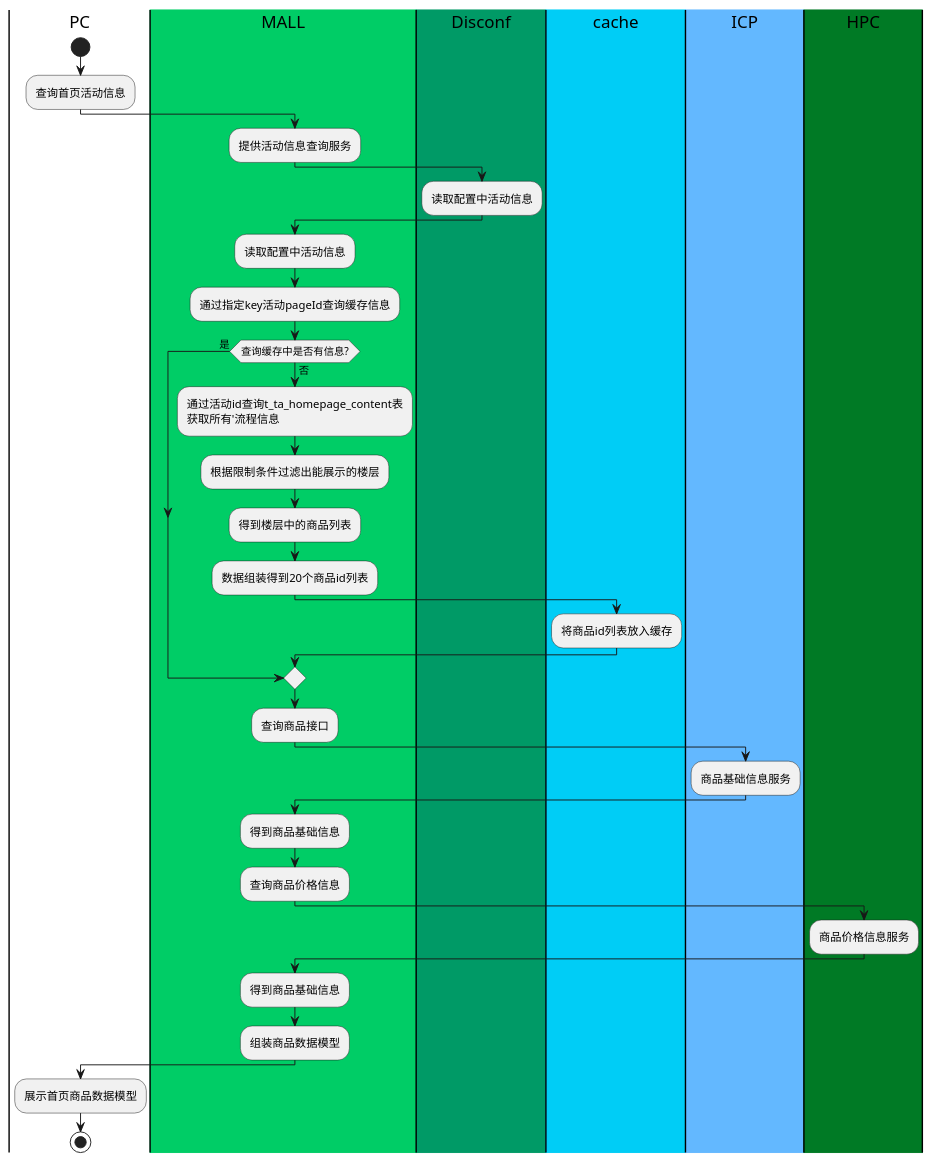
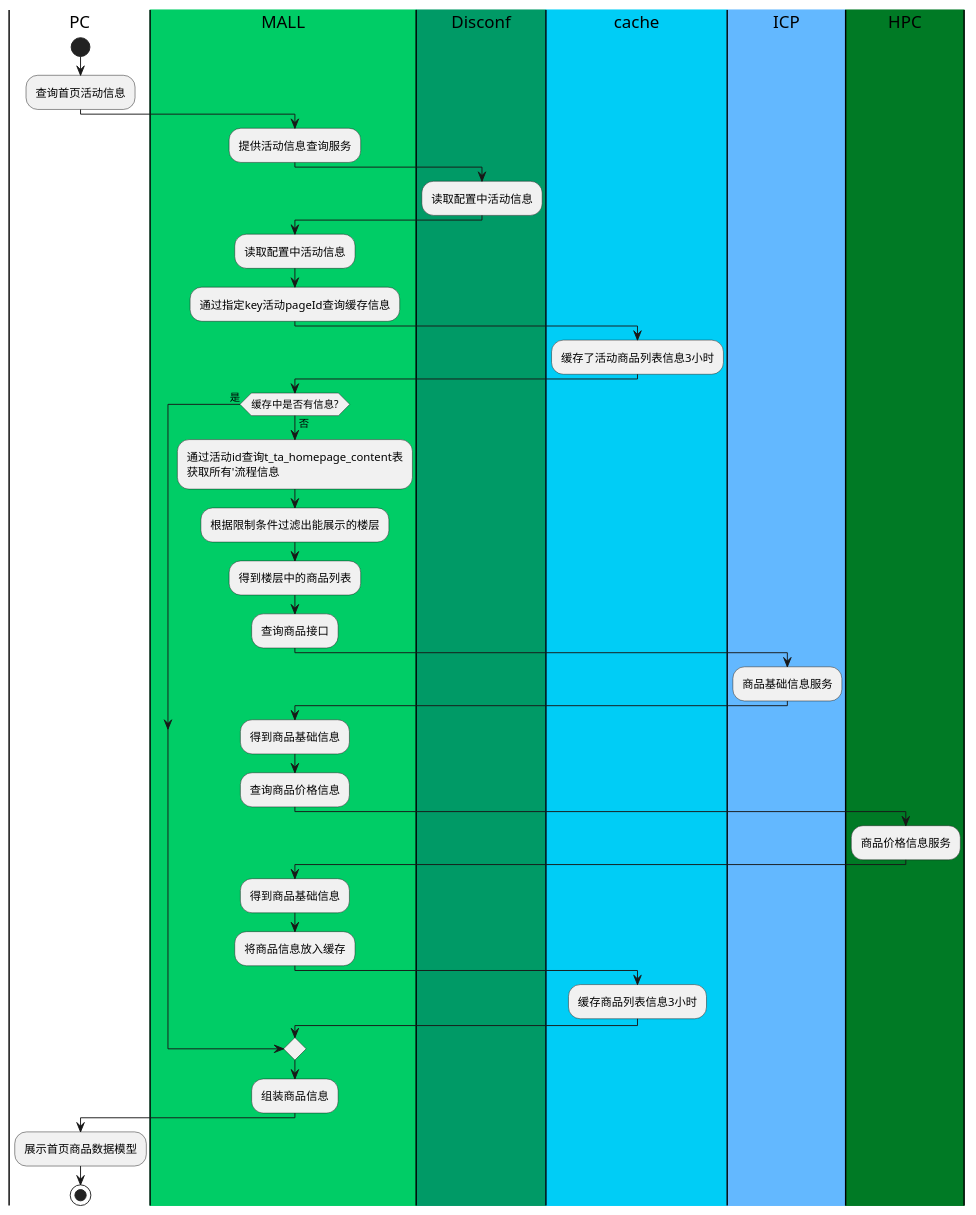
One commit to AndyLu-io/crawer changed the diagram in src/main/java/planUml/ytms/activity.puml. Above: the diagram before and after it, drawn with PlantUML. The commit also changed 10 other files, not shown here.

```diff
--- a/src/main/java/planUml/ytms/activity.puml
+++ b/src/main/java/planUml/ytms/activity.puml
@@ -1,39 +1,41 @@
 @startuml
 |PC|
 start
 :查询首页活动信息;
 
   |#00CD66|MALL|
 :提供活动信息查询服务;
   |#009A66|Disconf|
  :读取配置中活动信息;
  |MALL|
  :读取配置中活动信息;
  :通过指定key活动pageId查询缓存信息;
-if(查询缓存中是否有信息?) then(否)
+ |#00CDF6|cache|
+ :缓存了活动商品列表信息3小时;
+ |MALL|
+if(缓存中是否有信息?) then(否)
 :通过活动id查询t_ta_homepage_content表
 获取所有'流程信息;
  :根据限制条件过滤出能展示的楼层;
  :得到楼层中的商品列表;
- :数据组装得到20个商品id列表;
-  |#00CDF6|cache|
- :将商品id列表放入缓存;
-  else(是)
-  endif
-  |MALL|
  :查询商品接口;
   |#63B8FF|ICP|
  :商品基础信息服务;
   |MALL|
   :得到商品基础信息;
   :查询商品价格信息;
   |#007A25|HPC|
   :商品价格信息服务;
   |MALL|
    :得到商品基础信息;
-   :组装商品数据模型;
+   :将商品信息放入缓存;
+   |cache|
+    :缓存商品列表信息3小时;
+   else(是)
+   endif
+   |MALL|
+    :组装商品信息;
    |PC|
     :展示首页商品数据模型;
-
   stop
 @enduml
```
